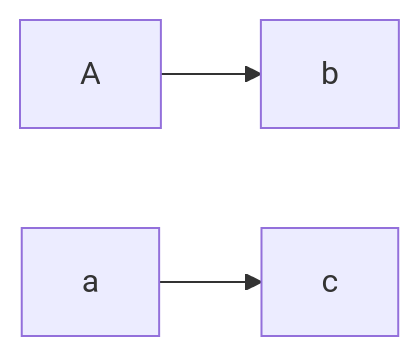
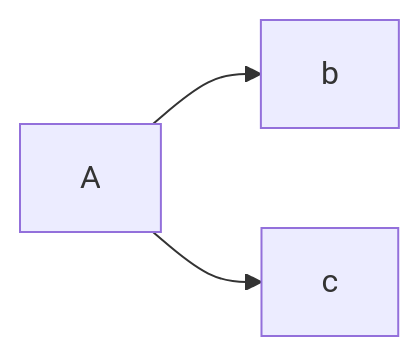
Before and after one commit to JoaquinCremer/TP8-JoaquinCremer: the diagram in prueba.md, drawn with Mermaid.

````diff
--- a/prueba.md
+++ b/prueba.md
@@ -4,7 +4,7 @@
 ```mermaid
 flowchart LR;
   A --> b;
-  a --> c;
+  A --> c;
   
   
 ```
````
